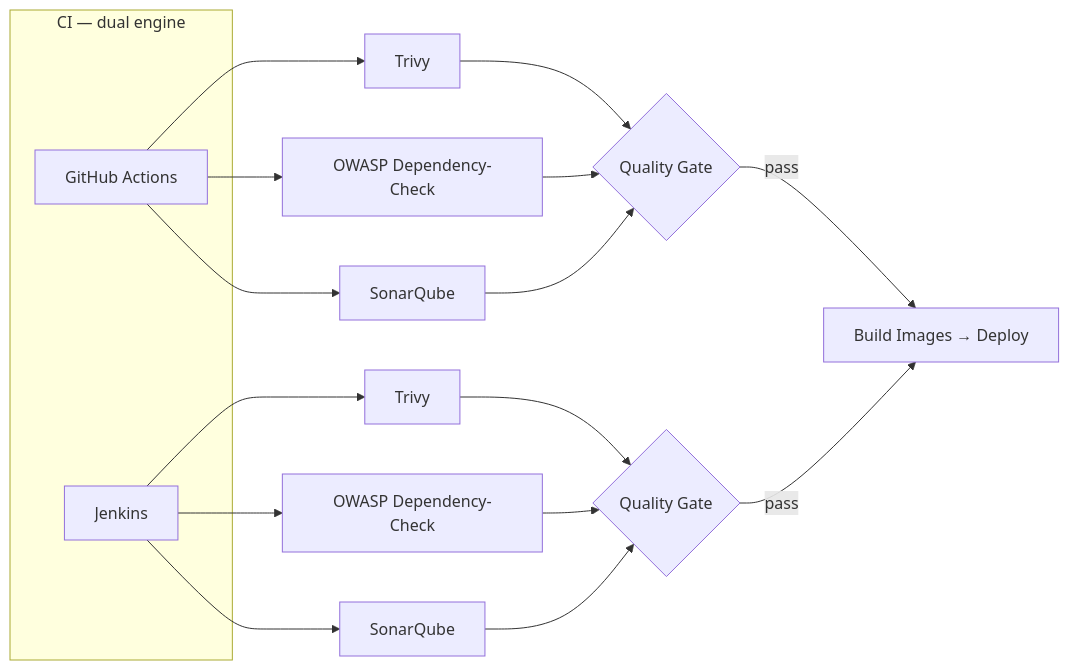
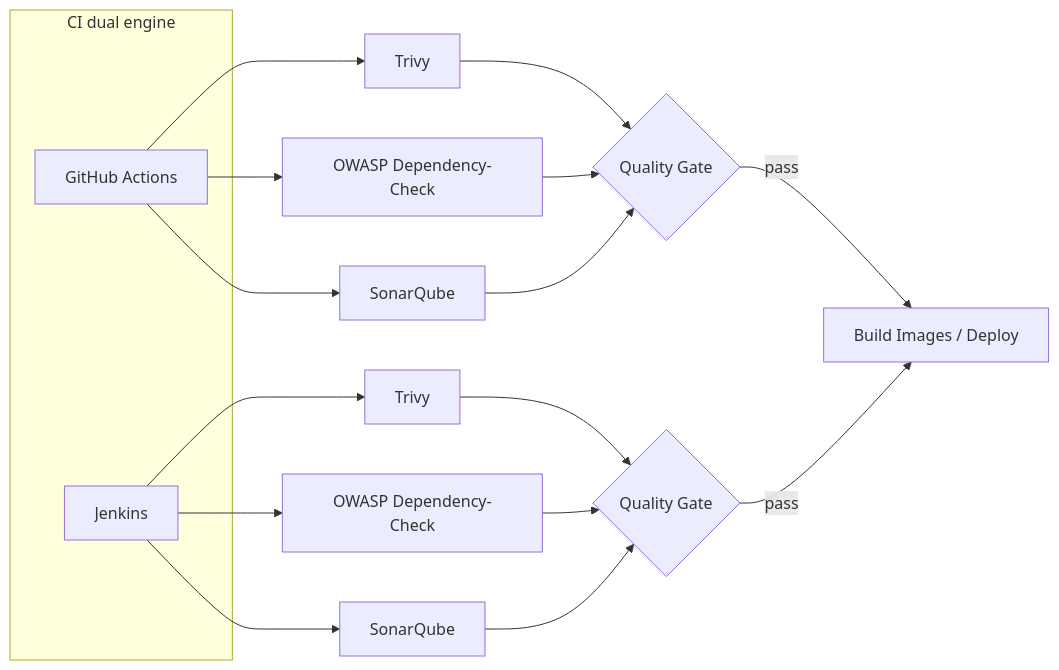
One commit to Sadiq-code-nest/devops-academy changed the second of 2 diagrams in README.md. Above: the diagram before and after it, drawn with Mermaid. The commit also changed other lines of this file, not shown here.

````diff
--- a/README.md
+++ b/README.md
@@ -67,20 +71,20 @@
 ```mermaid
 flowchart LR
-    subgraph CI["CI — dual engine"]
+    subgraph CI["CI dual engine"]
         GHA[GitHub Actions]
         JEN[Jenkins]
     end
 
     GHA --> T1[Trivy]
     GHA --> O1[OWASP Dependency-Check]
     GHA --> S1[SonarQube]
     JEN --> T2[Trivy]
     JEN --> O2[OWASP Dependency-Check]
     JEN --> S2[SonarQube]
 
     T1 & O1 & S1 --> QG1{Quality Gate}
     T2 & O2 & S2 --> QG2{Quality Gate}
 
-    QG1 -->|pass| DEPLOY[Build Images → Deploy]
+    QG1 -->|pass| DEPLOY[Build Images / Deploy]
     QG2 -->|pass| DEPLOY
 ```
````
